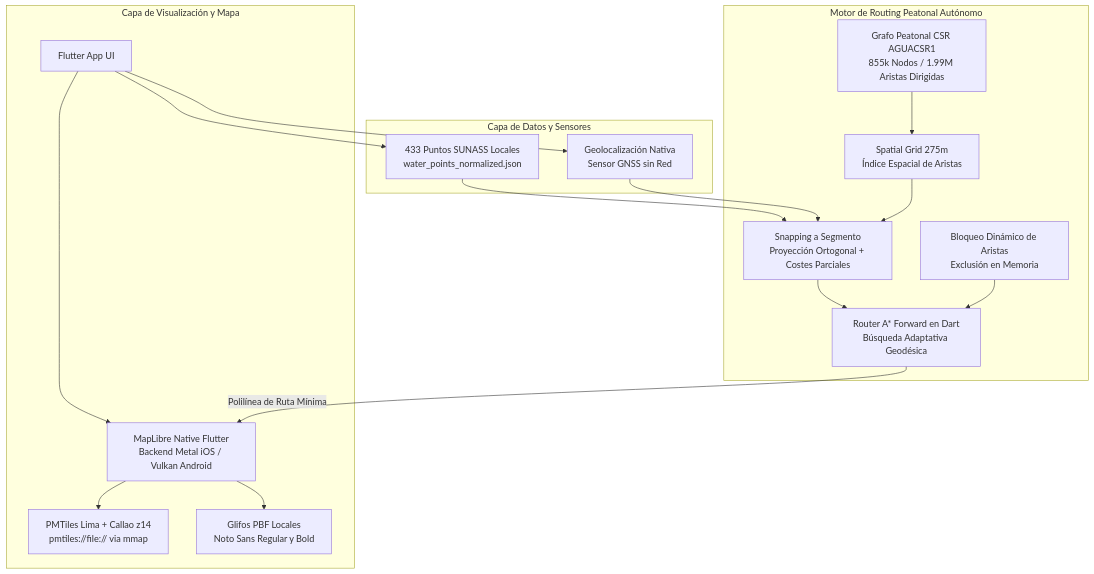
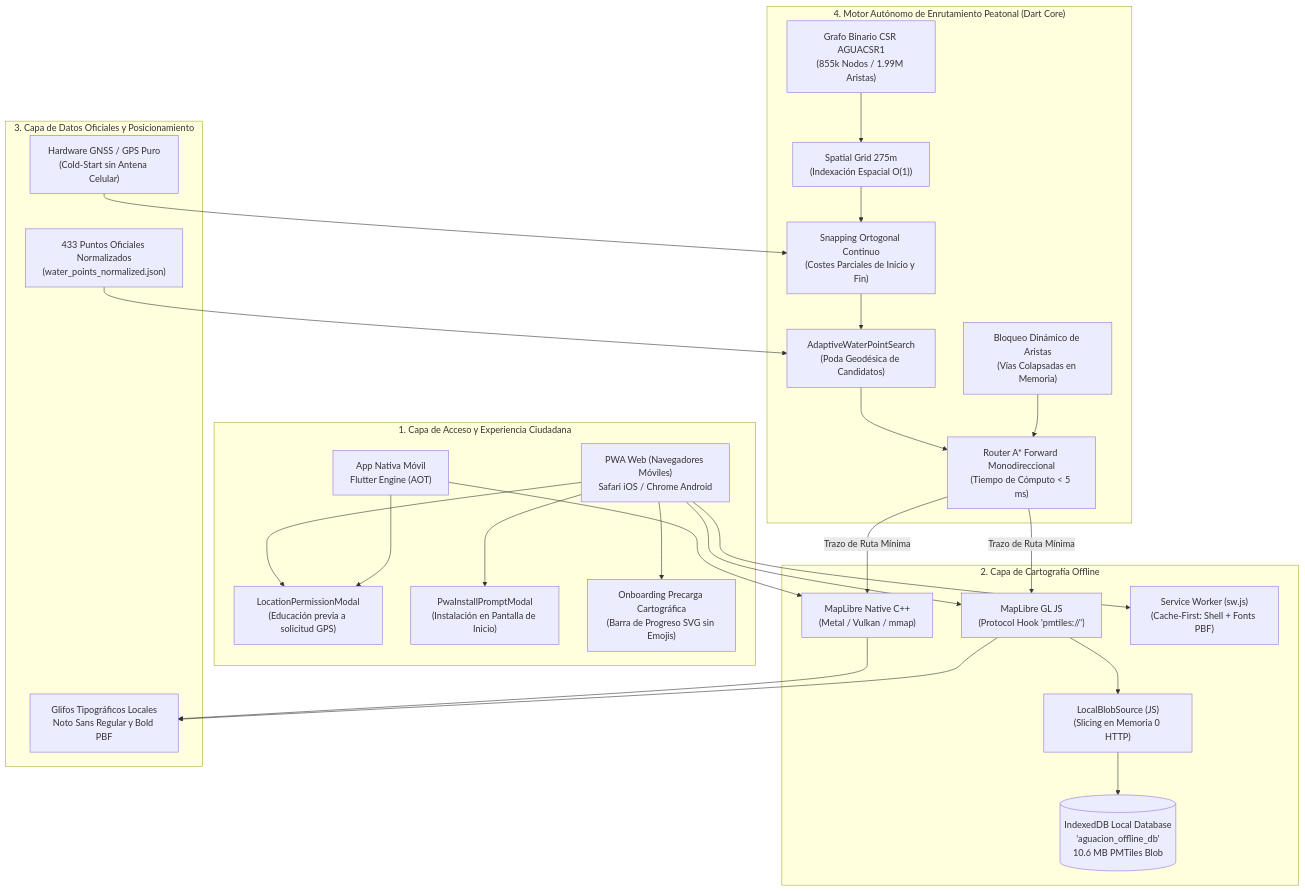
The diagram in documentacion/Diseño_de_Arquitectura.md (cionsunass01-ai/app-movil-sismo-v2), drawn with Mermaid before and after one commit. The commit also changed other lines of this file and 4 other files, not shown here.

Commit message:
docs: update comprehensive architecture, PWA feasibility, flowcharts, status and README for AguaCION

````diff
--- a/documentacion/Diseño_de_Arquitectura.md
+++ b/documentacion/Diseño_de_Arquitectura.md
@@ -37,35 +79,59 @@
 ```mermaid
 flowchart TD
-    subgraph UI_Map["Capa de Visualización y Mapa"]
-        FL[Flutter App UI]
-        ML[MapLibre Native Flutter\nBackend Metal iOS / Vulkan Android]
-        PM[PMTiles Lima + Callao z14\npmtiles://file:// via mmap]
-        FNT[Glifos PBF Locales\nNoto Sans Regular y Bold]
-        FL --> ML
-        ML --> PM
-        ML --> FNT
+    subgraph CLIENT_LAYER["1. Capa de Acceso y Experiencia Ciudadana"]
+        PWA["PWA Web (Navegadores Móviles)\nSafari iOS / Chrome Android"]
+        NAT["App Nativa Móvil\nFlutter Engine (AOT)"]
+        MOD_LOC["LocationPermissionModal\n(Educación previa a solicitud GPS)"]
+        MOD_INS["PwaInstallPromptModal\n(Instalación en Pantalla de Inicio)"]
+        ONB["Onboarding Precarga Cartográfica\n(Barra de Progreso SVG sin Emojis)"]
+        
+        PWA --> MOD_INS
+        PWA --> MOD_LOC
+        PWA --> ONB
+        NAT --> MOD_LOC
     end
 
-    subgraph Core_Data["Capa de Datos y Sensores"]
-        WP[433 Puntos SUNASS Locales\nwater_points_normalized.json]
-        GNSS[Geolocalización Nativa\nSensor GNSS sin Red]
-        FL --> WP
-        FL --> GNSS
+    subgraph MAP_ENGINE["2. Capa de Cartografía Offline"]
+        ML_NAT["MapLibre Native C++\n(Metal / Vulkan / mmap)"]
+        ML_WEB["MapLibre GL JS\n(Protocol Hook 'pmtiles://')"]
+        
+        IDB[("IndexedDB Local Database\n'aguacion_offline_db'\n10.6 MB PMTiles Blob")]
+        LBS["LocalBlobSource (JS)\n(Slicing en Memoria 0 HTTP)"]
+        SW["Service Worker (sw.js)\n(Cache-First: Shell + Fonts PBF)"]
+        
+        NAT --> ML_NAT
+        PWA --> SW
+        PWA --> ML_WEB
+        ML_WEB --> LBS
+        LBS --> IDB
     end
 
-    subgraph Routing_Engine["Motor de Routing Peatonal Autónomo"]
-        CSR[Grafo Peatonal CSR AGUACSR1\n855k Nodos / 1.99M Aristas Dirigidas]
-        GRID[Spatial Grid 275m\nÍndice Espacial de Aristas]
-        SNAP[Snapping a Segmento\nProyección Ortogonal + Costes Parciales]
-        ASTAR[Router A* Forward en Dart\nBúsqueda Adaptativa Geodésica]
-        DYN[Bloqueo Dinámico de Aristas\nExclusión en Memoria]
+    subgraph DATA_GEO["3. Capa de Datos Oficiales y Posicionamiento"]
+        WP["433 Puntos Oficiales Normalizados\n(water_points_normalized.json)"]
+        GLYPH["Glifos Tipográficos Locales\nNoto Sans Regular y Bold PBF"]
+        GNSS["Hardware GNSS / GPS Puro\n(Cold-Start sin Antena Celular)"]
+        
+        ML_NAT --> GLYPH
+        ML_WEB --> GLYPH
+    end
 
+    subgraph ROUTING_CORE["4. Motor Autónomo de Enrutamiento Peatonal (Dart Core)"]
+        CSR["Grafo Binario CSR AGUACSR1\n(855k Nodos / 1.99M Aristas)"]
+        GRID["Spatial Grid 275m\n(Indexación Espacial O(1))"]
+        SNAP["Snapping Ortogonal Continuo\n(Costes Parciales de Inicio y Fin)"]
+        ADAPT["AdaptiveWaterPointSearch\n(Poda Geodésica de Candidatos)"]
+        ASTAR["Router A* Forward Monodireccional\n(Tiempo de Cómputo < 5 ms)"]
+        DYN["Bloqueo Dinámico de Aristas\n(Vías Colapsadas en Memoria)"]
+        
         CSR --> GRID
         GRID --> SNAP
-        SNAP --> ASTAR
+        SNAP --> ADAPT
+        ADAPT --> ASTAR
         DYN --> ASTAR
-        WP --> SNAP
+        WP --> ADAPT
         GNSS --> SNAP
-        ASTAR -->|Polilínea de Ruta Mínima| ML
     end
+
+    ASTAR -->|Trazo de Ruta Mínima| ML_NAT
+    ASTAR -->|Trazo de Ruta Mínima| ML_WEB
 ```
````
